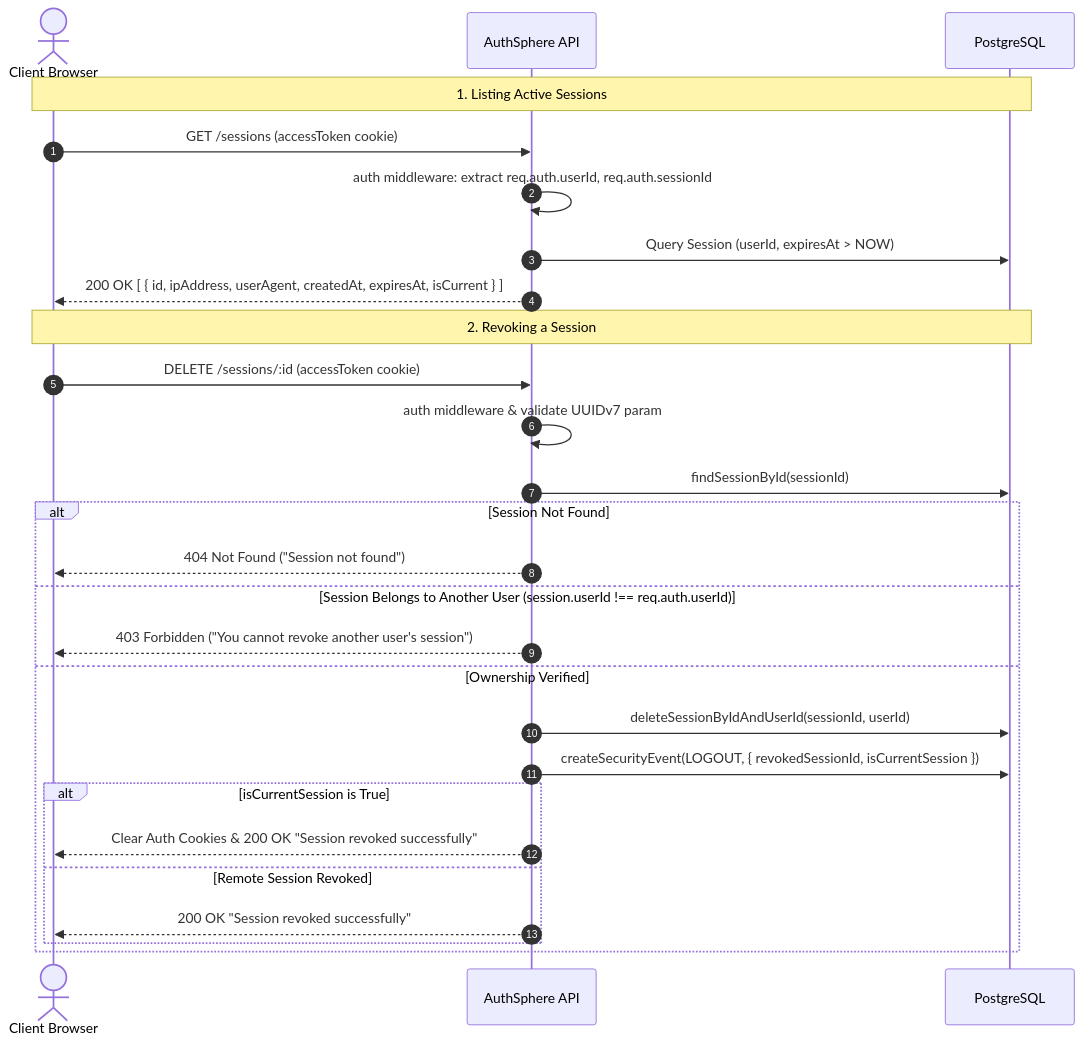
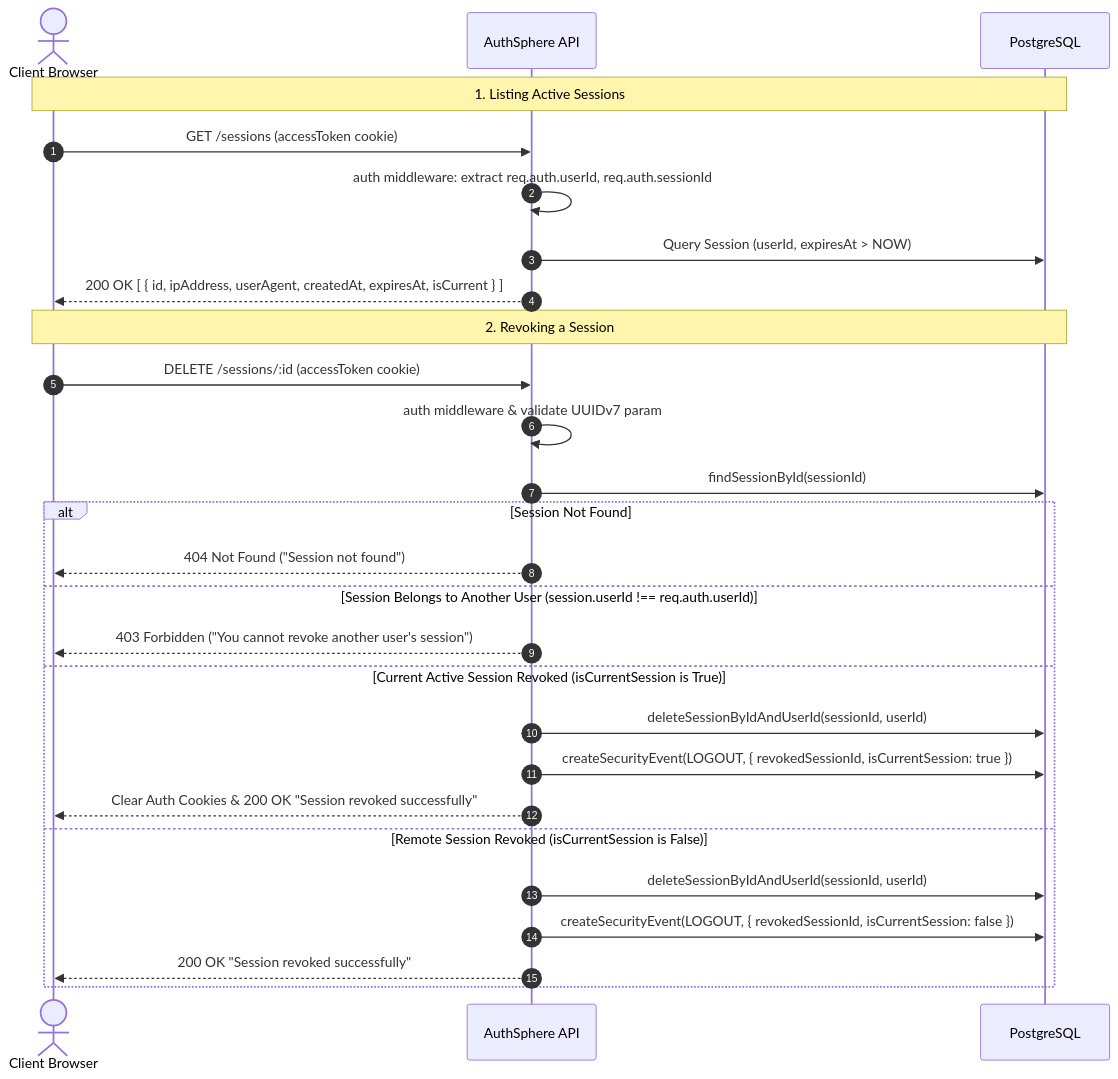
Before and after one commit to utkarshj014/authsphere: the eighth of 10 diagrams in docs/ARCHITECTURE.md, drawn with Mermaid. The commit also changed other lines of this file and 19 other files, not shown here.

````diff
--- a/docs/ARCHITECTURE.md
+++ b/docs/ARCHITECTURE.md
@@ -422,31 +421,31 @@
 ```mermaid
 sequenceDiagram
     autonumber
     actor User as Client Browser
     participant API as AuthSphere API
     participant DB as PostgreSQL
 
     Note over User, DB: 1. Listing Active Sessions
     User->>API: GET /sessions (accessToken cookie)
     API->>API: auth middleware: extract req.auth.userId, req.auth.sessionId
     API->>DB: Query Session (userId, expiresAt > NOW)
     API-->>User: 200 OK [ { id, ipAddress, userAgent, createdAt, expiresAt, isCurrent } ]
 
     Note over User, DB: 2. Revoking a Session
     User->>API: DELETE /sessions/:id (accessToken cookie)
     API->>API: auth middleware & validate UUIDv7 param
     API->>DB: findSessionById(sessionId)
     alt Session Not Found
         API-->>User: 404 Not Found ("Session not found")
     else Session Belongs to Another User (session.userId !== req.auth.userId)
         API-->>User: 403 Forbidden ("You cannot revoke another user's session")
-    else Ownership Verified
+    else Current Active Session Revoked (isCurrentSession is True)
         API->>DB: deleteSessionByIdAndUserId(sessionId, userId)
-        API->>DB: createSecurityEvent(LOGOUT, { revokedSessionId, isCurrentSession })
-        alt isCurrentSession is True
-            API-->>User: Clear Auth Cookies & 200 OK "Session revoked successfully"
-        else Remote Session Revoked
-            API-->>User: 200 OK "Session revoked successfully"
-        end
+        API->>DB: createSecurityEvent(LOGOUT, { revokedSessionId, isCurrentSession: true })
+        API-->>User: Clear Auth Cookies & 200 OK "Session revoked successfully"
+    else Remote Session Revoked (isCurrentSession is False)
+        API->>DB: deleteSessionByIdAndUserId(sessionId, userId)
+        API->>DB: createSecurityEvent(LOGOUT, { revokedSessionId, isCurrentSession: false })
+        API-->>User: 200 OK "Session revoked successfully"
     end
 ```
````
